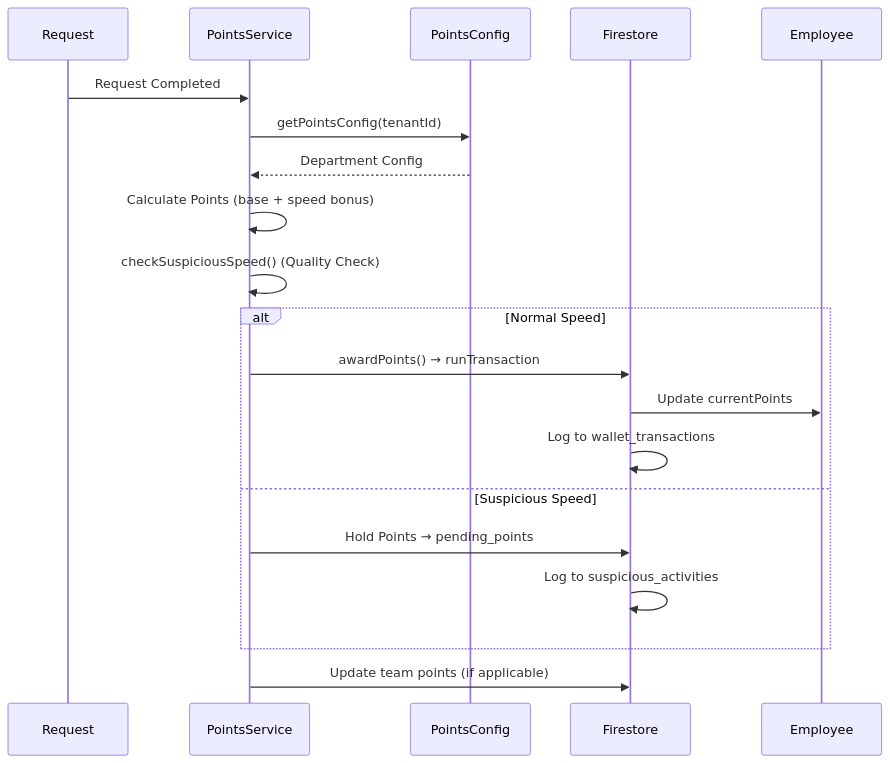
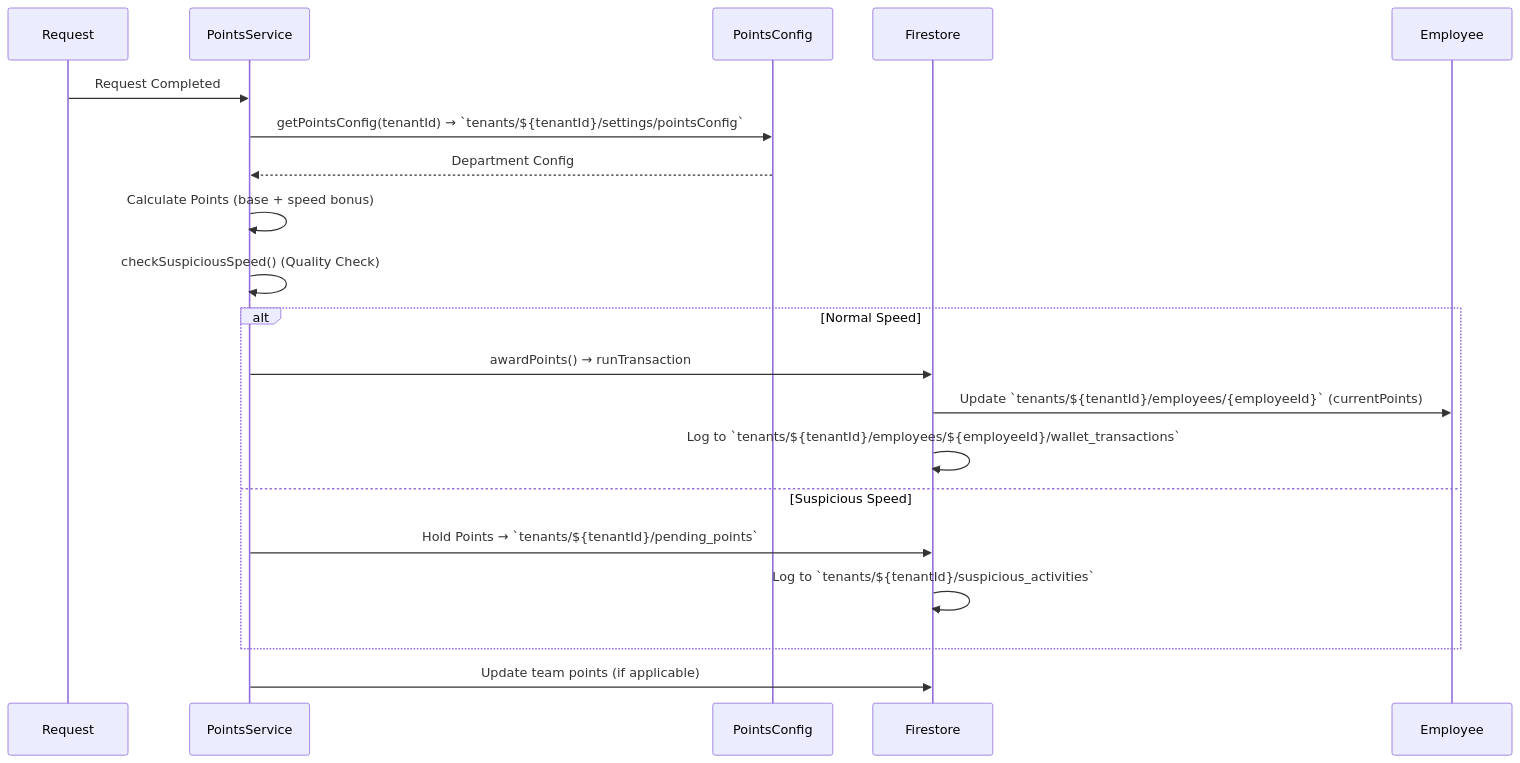
One commit to 77aayy/Adora-System2026 changed the fifth of 25 diagrams in DATA_FLOW_DOCUMENTATION.md. Above: the diagram before and after it, drawn with Mermaid. The commit also changed other lines of this file and 15 other files, not shown here.

First line of the commit message:
fix: Critical Security & Data Flow fixes - Clean Dev Comments

````diff
--- a/DATA_FLOW_DOCUMENTATION.md
+++ b/DATA_FLOW_DOCUMENTATION.md
@@ -184,25 +184,25 @@
 ```mermaid
 sequenceDiagram
     participant Request
     participant PointsService
     participant PointsConfig
     participant Firestore
     participant Employee
 
     Request->>PointsService: Request Completed
-    PointsService->>PointsConfig: getPointsConfig(tenantId)
+    PointsService->>PointsConfig: getPointsConfig(tenantId) → `tenants/${tenantId}/settings/pointsConfig`
     PointsConfig-->>PointsService: Department Config
     PointsService->>PointsService: Calculate Points (base + speed bonus)
     PointsService->>PointsService: checkSuspiciousSpeed() (Quality Check)
     
     alt Normal Speed
-        PointsService->>Firestore: awardPoints() → runTransaction
-        Firestore->>Employee: Update currentPoints
-        Firestore->>Firestore: Log to wallet_transactions
+    PointsService->>Firestore: awardPoints() → runTransaction
+    Firestore->>Employee: Update `tenants/${tenantId}/employees/{employeeId}` (currentPoints)
+    Firestore->>Firestore: Log to `tenants/${tenantId}/employees/${employeeId}/wallet_transactions`
     else Suspicious Speed
-        PointsService->>Firestore: Hold Points → pending_points
-        Firestore->>Firestore: Log to suspicious_activities
+    PointsService->>Firestore: Hold Points → `tenants/${tenantId}/pending_points`
+    Firestore->>Firestore: Log to `tenants/${tenantId}/suspicious_activities`
     end
     
     PointsService->>Firestore: Update team points (if applicable)
 ```
````
